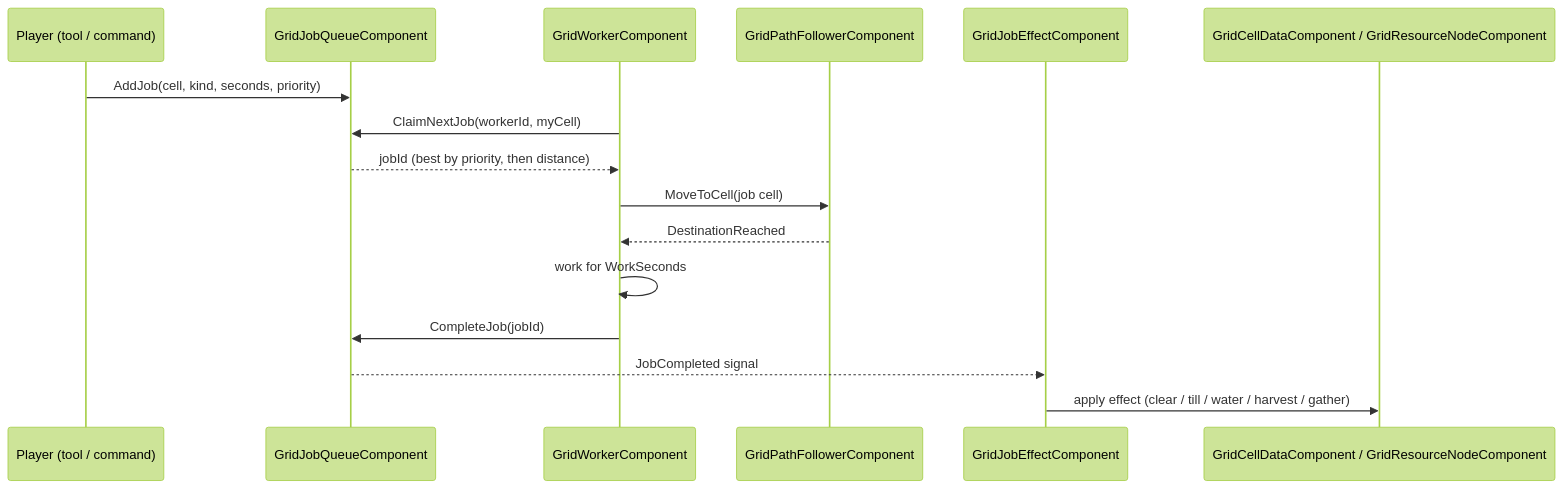
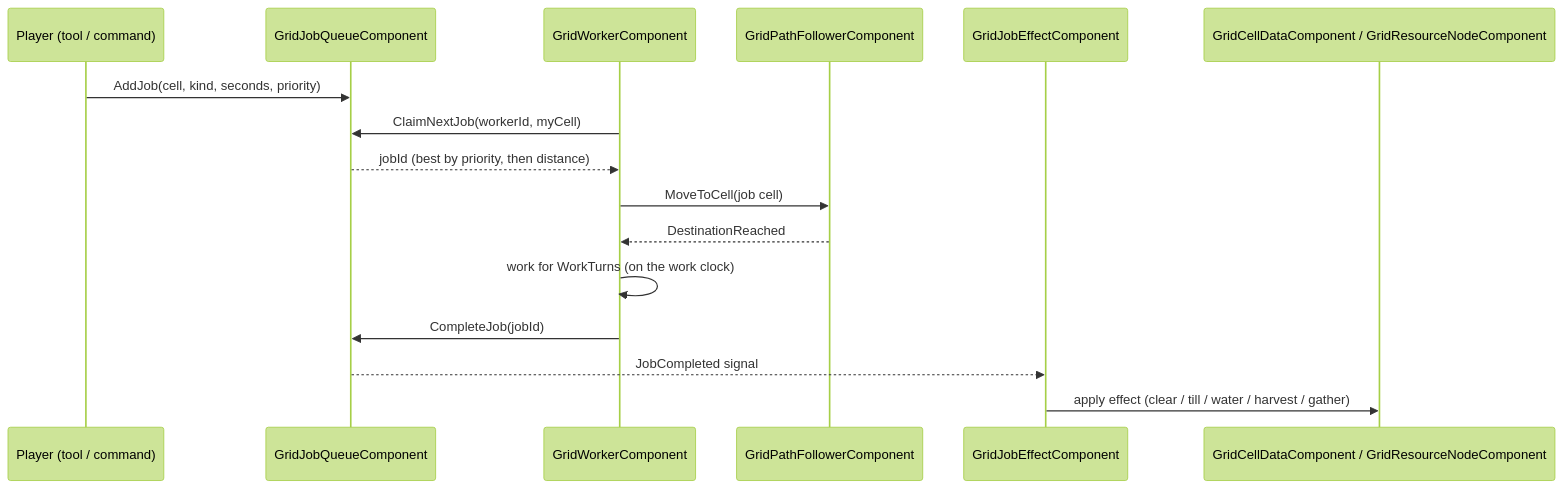
One commit to The-Tech-Idea/Beep.Godot changed the second of 3 diagrams in docs/2D_ISO_TOOLKIT.md. Above: the diagram before and after it, drawn with Mermaid (forest theme). The commit also changed other lines of this file and 2672 other files, not shown here.

````diff
--- a/docs/2D_ISO_TOOLKIT.md
+++ b/docs/2D_ISO_TOOLKIT.md
@@ -216,19 +216,19 @@
 ```mermaid
 sequenceDiagram
     participant P as Player (tool / command)
     participant Q as GridJobQueueComponent
     participant W as GridWorkerComponent
     participant F as GridPathFollowerComponent
     participant E as GridJobEffectComponent
     participant C as GridCellDataComponent / GridResourceNodeComponent
 
     P->>Q: AddJob(cell, kind, seconds, priority)
     W->>Q: ClaimNextJob(workerId, myCell)
     Q-->>W: jobId (best by priority, then distance)
     W->>F: MoveToCell(job cell)
     F-->>W: DestinationReached
-    W->>W: work for WorkSeconds
+    W->>W: work for WorkTurns (on the work clock)
     W->>Q: CompleteJob(jobId)
     Q-->>E: JobCompleted signal
     E->>C: apply effect (clear / till / water / harvest / gather)
 ```
````
